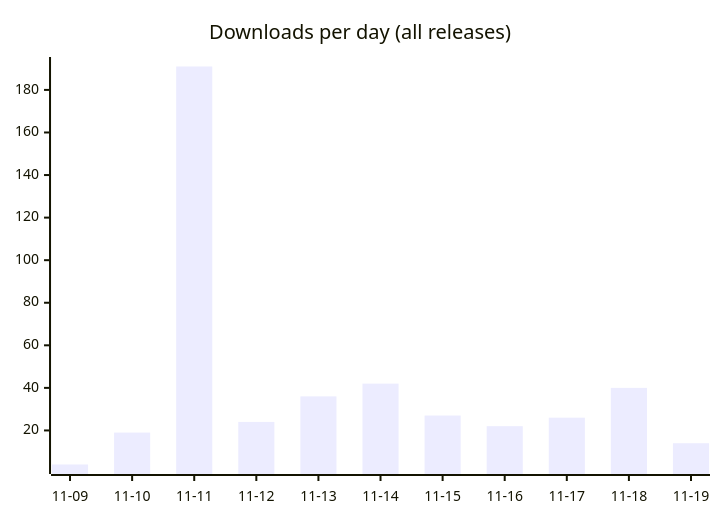
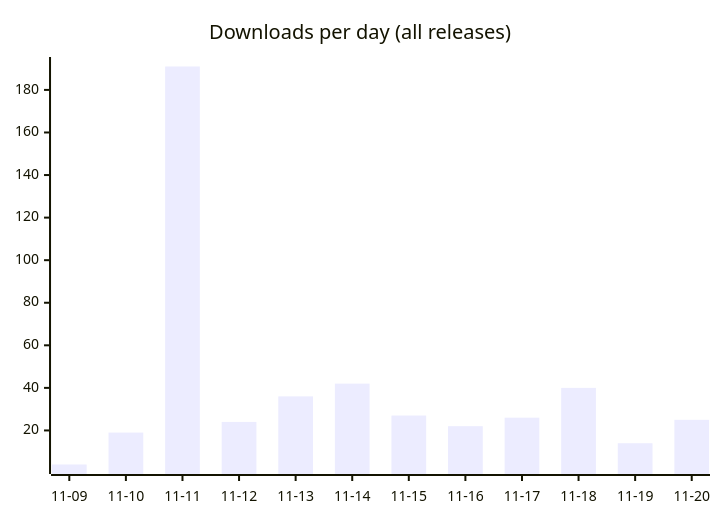
The first of 2 diagrams in README.md (fmadore/Live-translation), drawn with Mermaid before and after one commit. The commit also changed other lines of this file and 3 other files, not shown here.

````diff
--- a/README.md
+++ b/README.md
@@ -56,6 +56,6 @@
 ```mermaid
 xychart-beta
     title "Downloads per day (all releases)"
-    x-axis ["11-09", "11-10", "11-11", "11-12", "11-13", "11-14", "11-15", "11-16", "11-17", "11-18", "11-19"]
-    bar [4, 19, 191, 24, 36, 42, 27, 22, 26, 40, 14]
+    x-axis ["11-09", "11-10", "11-11", "11-12", "11-13", "11-14", "11-15", "11-16", "11-17", "11-18", "11-19", "11-20"]
+    bar [4, 19, 191, 24, 36, 42, 27, 22, 26, 40, 14, 25]
 ```
````
